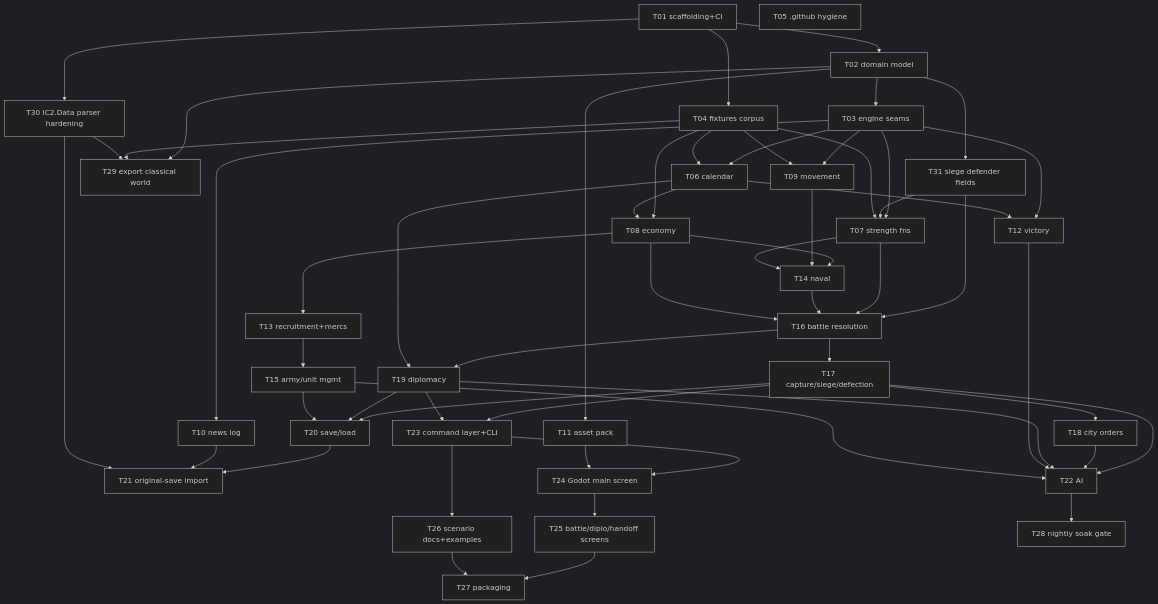
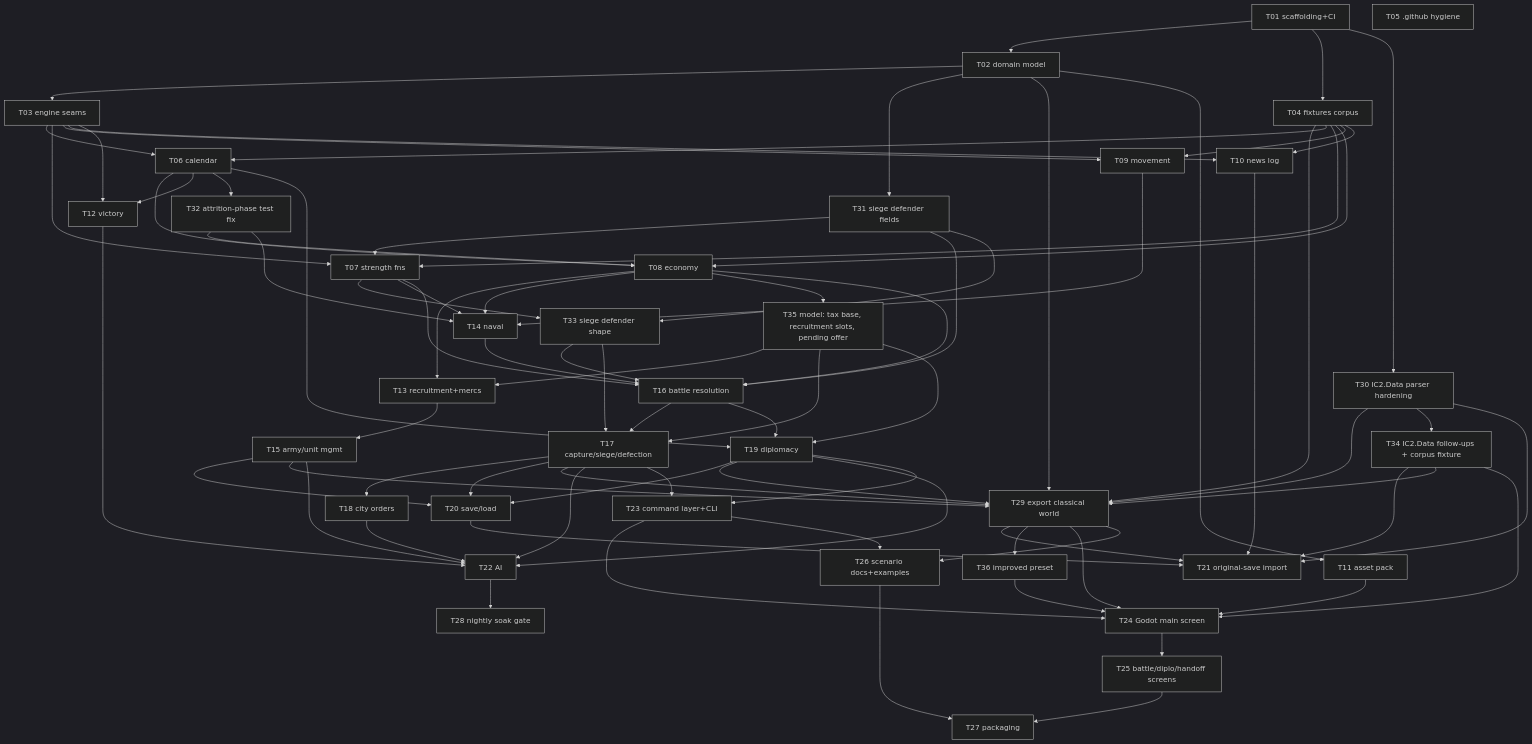
The diagram in docs/task-catalogue.md (diegoami/imperial_conquest_2), drawn with Mermaid (dark theme) before and after one commit. The commit also changed other lines of this file and 4 other files, not shown here.

First line of the commit message:
Planner pass 1: triage the queue, T32–T36, tax-base research, reorder (#56)

```diff
--- a/docs/task-catalogue.md
+++ b/docs/task-catalogue.md
@@ -39,28 +39,47 @@
   T04 --> T07
   T04 --> T08[T08 economy]
   T04 --> T09
+  T04 --> T10
   T06 --> T08
   T06 --> T12
+  T06 --> T32[T32 attrition-phase test fix]
+  T32 --> T08
+  T31 --> T33[T33 siege defender shape]
+  T07 --> T33
+  T30 --> T34[T34 IC2.Data follow-ups + corpus fixture]
 
   T08 --> T13[T13 recruitment+mercs]
   T08 --> T14[T14 naval]
+  T32 --> T14
   T09 --> T14
   T07 --> T14
+  T08 --> T35[T35 model: tax base, recruitment slots, pending offer]
+  T35 --> T13
   T13 --> T15[T15 army/unit mgmt]
   T07 --> T16[T16 battle resolution]
   T14 --> T16
   T08 --> T16
+  T33 --> T16
 
   T16 --> T17[T17 capture/siege/defection]
+  T33 --> T17
+  T35 --> T17
   T16 --> T19[T19 diplomacy]
   T06 --> T19
+  T35 --> T19
   T17 --> T18[T18 city orders]
   T17 --> T20[T20 save/load]
   T19 --> T20
   T15 --> T20
+  T15 --> T29
+  T17 --> T29
+  T19 --> T29
   T20 --> T21[T21 original-save import]
   T10 --> T21
   T30 --> T21
+  T29 --> T21
+  T34 --> T21
+  T34 --> T29
 
   T17 --> T22[T22 AI]
   T18 --> T22
@@ -72,8 +91,13 @@
   T19 --> T23
   T23 --> T24[T24 Godot main screen]
   T11 --> T24
+  T29 --> T36[T36 improved preset]
+  T36 --> T24
+  T29 --> T24
+  T34 --> T24
   T24 --> T25[T25 battle/diplo/handoff screens]
   T23 --> T26[T26 scenario docs+examples]
+  T29 --> T26
   T22 --> T28[T28 nightly soak gate]
   T25 --> T27[T27 packaging]
   T26 --> T27
```
